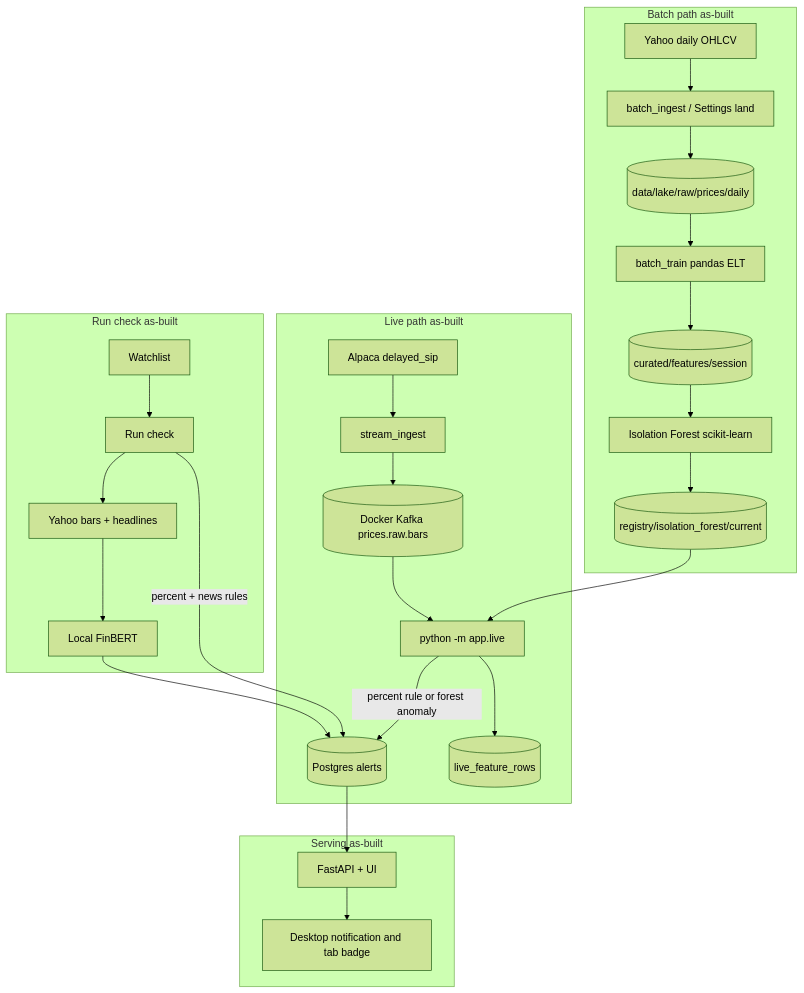
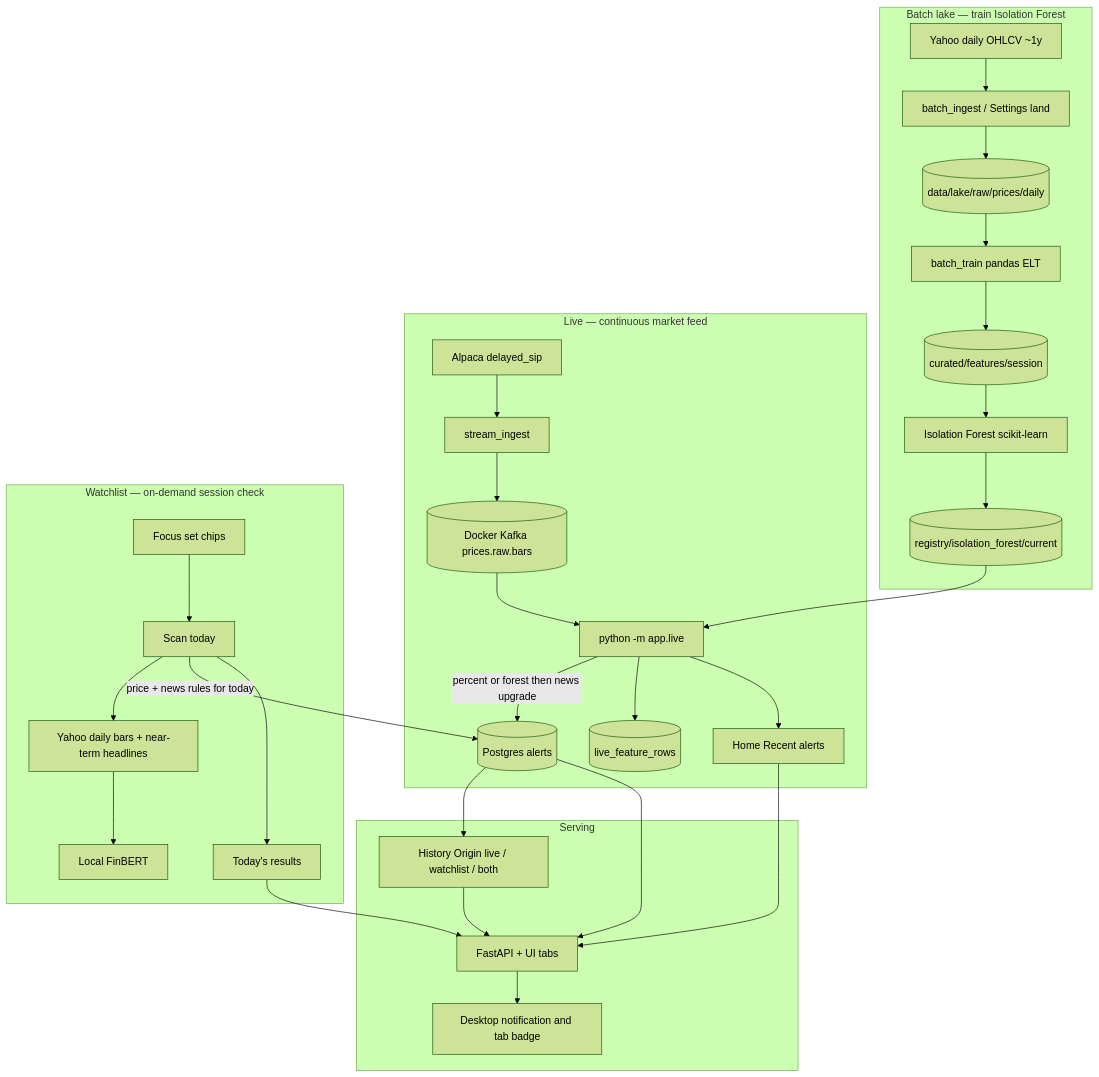
Before and after one commit to sameerde4/ticker-alert-system: the first of 10 diagrams in docs/architecture.md, drawn with Mermaid (forest theme). The commit also changed other lines of this file and 5 other files, not shown here.

First line of the commit message:
Document Live, Watchlist Scan today, and evidence alignment.

````diff
--- a/docs/architecture.md
+++ b/docs/architecture.md
@@ -80,33 +90,38 @@
 ```mermaid
 flowchart TB
-    subgraph batch [Batch path as-built]
-        YF[Yahoo daily OHLCV] --> LAND[batch_ingest / Settings land]
+    subgraph batch [Batch lake — train Isolation Forest]
+        YF[Yahoo daily OHLCV ~1y] --> LAND[batch_ingest / Settings land]
         LAND --> RAW[(data/lake/raw/prices/daily)]
         RAW --> BT[batch_train pandas ELT]
         BT --> CUR[(curated/features/session)]
         CUR --> IF[Isolation Forest scikit-learn]
         IF --> REG[(registry/isolation_forest/current)]
     end
 
-    subgraph stream [Live path as-built]
+    subgraph stream [Live — continuous market feed]
         ALP[Alpaca delayed_sip] --> PROD[stream_ingest]
         PROD --> KAFKA[(Docker Kafka prices.raw.bars)]
         KAFKA --> LIVE[python -m app.live]
-        LIVE -->|percent rule or forest anomaly| PG[(Postgres alerts)]
+        REG --> LIVE
+        LIVE -->|percent or forest then news upgrade| PG[(Postgres alerts)]
         LIVE --> FEAT[(live_feature_rows)]
-        REG --> LIVE
+        LIVE --> HOME[Home Recent alerts]
     end
 
-    subgraph check [Run check as-built]
-        WL[Watchlist] --> RUN[Run check]
-        RUN --> YB[Yahoo bars + headlines]
+    subgraph watch [Watchlist — on-demand session check]
+        WL[Focus set chips] --> RUN[Scan today]
+        RUN --> YB[Yahoo daily bars + near-term headlines]
         YB --> FB[Local FinBERT]
-        FB --> PG
-        RUN -->|percent + news rules| PG
+        RUN -->|price + news rules for today| PG
+        RUN --> CHECK[Today's results]
     end
 
-    subgraph serve [Serving as-built]
-        PG --> API[FastAPI + UI]
+    subgraph serve [Serving]
+        PG --> HIST[History Origin live / watchlist / both]
+        PG --> API[FastAPI + UI tabs]
         API --> NOTE[Desktop notification and tab badge]
+        HOME --> API
+        CHECK --> API
+        HIST --> API
     end
 ```
````
